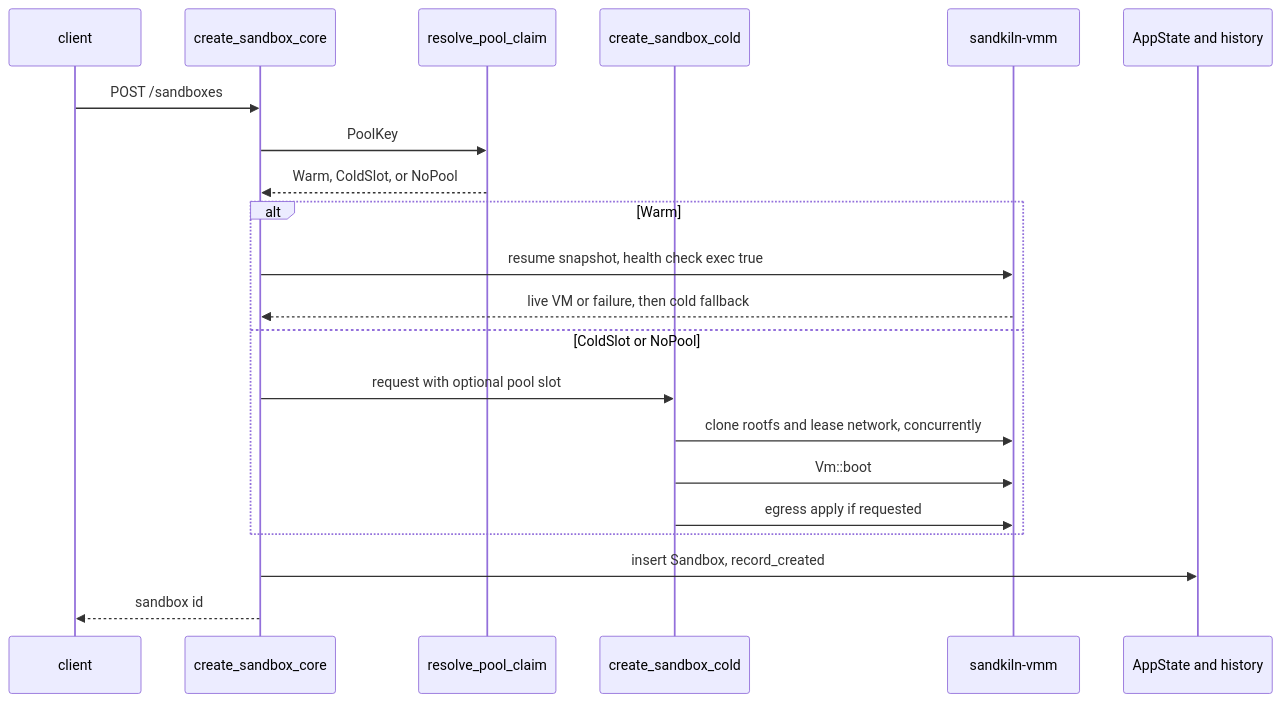
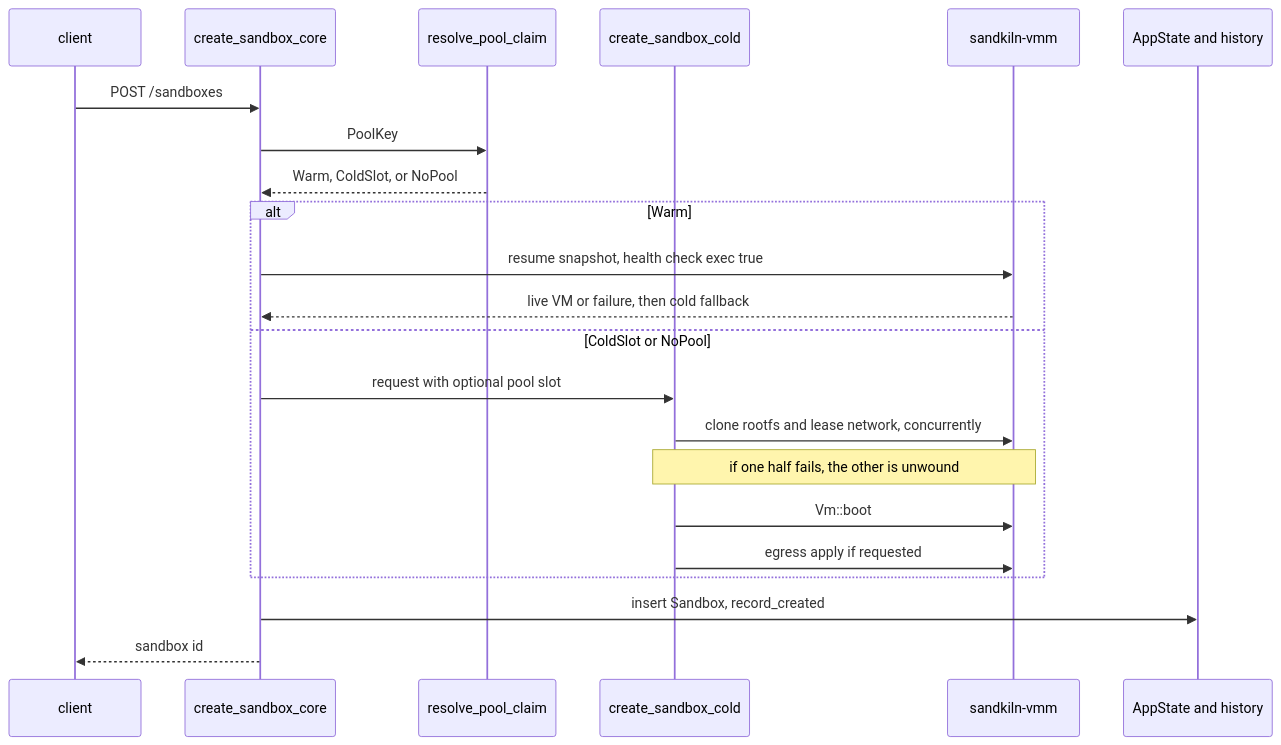
Before and after one commit to SumitKumar-17/sandkiln: the fourth of 4 diagrams in website/src/content/engineering/15-crate-daemon.md, drawn with Mermaid. The commit also changed other lines of this file and 91 other files, not shown here.

````diff
--- a/website/src/content/engineering/15-crate-daemon.md
+++ b/website/src/content/engineering/15-crate-daemon.md
@@ -153,23 +208,24 @@
 ```mermaid
 sequenceDiagram
     participant Cl as client
     participant Co as create_sandbox_core
     participant Pc as resolve_pool_claim
     participant Cc as create_sandbox_cold
     participant Vm as sandkiln-vmm
     participant St as AppState and history
     Cl->>Co: POST /sandboxes
     Co->>Pc: PoolKey
     Pc-->>Co: Warm, ColdSlot, or NoPool
     alt Warm
         Co->>Vm: resume snapshot, health check exec true
         Vm-->>Co: live VM or failure, then cold fallback
     else ColdSlot or NoPool
         Co->>Cc: request with optional pool slot
         Cc->>Vm: clone rootfs and lease network, concurrently
+        Note over Cc,Vm: if one half fails, the other is unwound
         Cc->>Vm: Vm::boot
         Cc->>Vm: egress apply if requested
     end
     Co->>St: insert Sandbox, record_created
     Co-->>Cl: sandbox id
 ```
````
